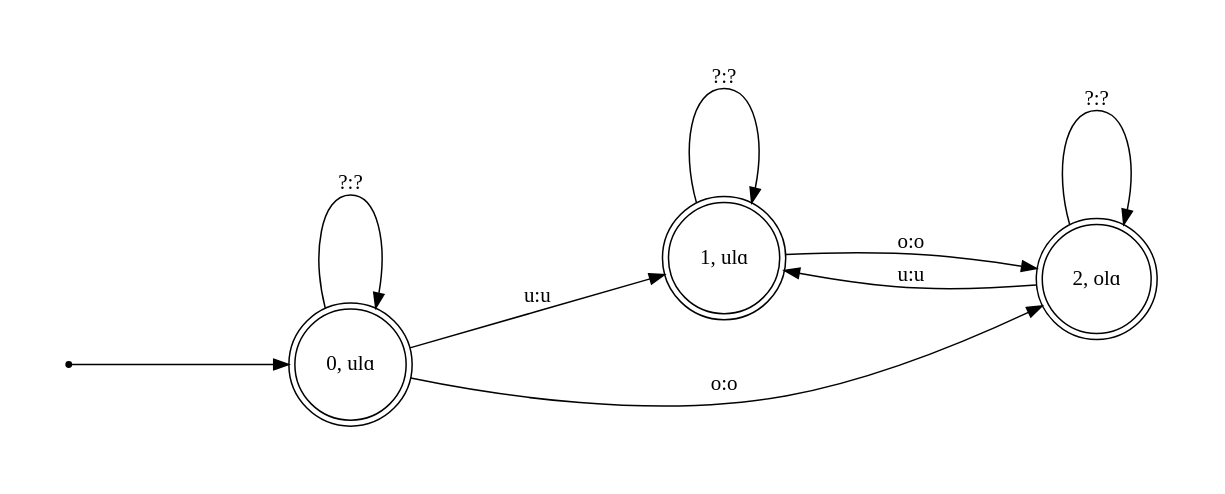
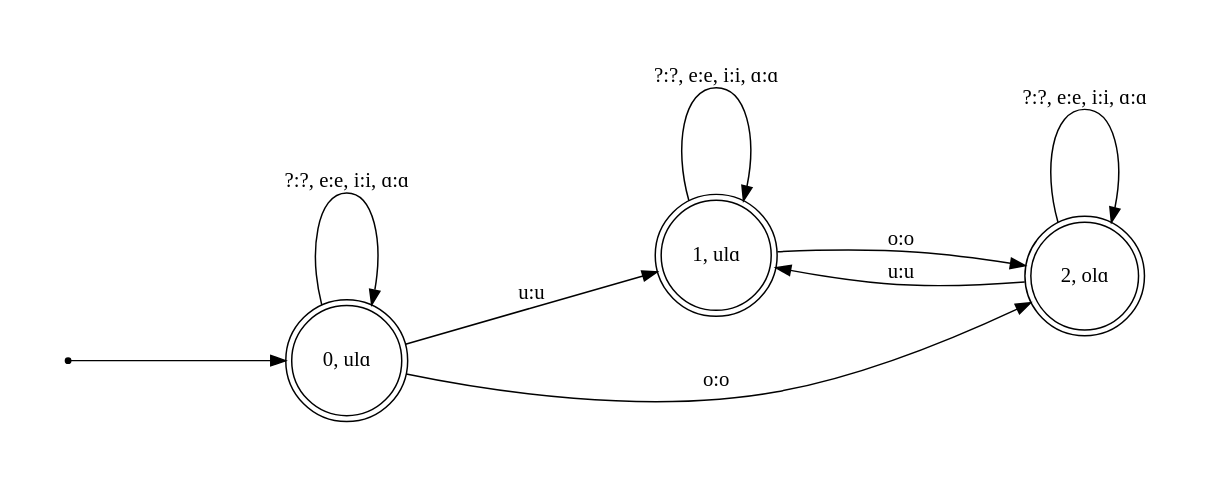
Before and after one commit to ishtiaque06/vh-fst: the diagram in illustrations/Kisa reversative suffix Vlɑ.gv, drawn with Graphviz. The commit also changed 34 other files, not shown here.

```diff
--- a/illustrations/Kisa reversative suffix Vlɑ.gv
+++ b/illustrations/Kisa reversative suffix Vlɑ.gv
@@ -1,19 +1,19 @@
 digraph fst {
 	graph [pad="0.5", nodesep="1", ranksep="2"];
 	rankdir=LR;
 	size="10,10";
 	node [shape = point]; start;
 	node [shape = doublecircle];
 		"0, ulɑ";
 		"1, ulɑ";
 		"2, olɑ";
 
-	"0, ulɑ" ->	"0, ulɑ" [ label = "?:?" ];
+	"0, ulɑ" ->	"0, ulɑ" [ label = "?:?, e:e, i:i, ɑ:ɑ" ];
 	"0, ulɑ" ->	"1, ulɑ" [ label = "u:u" ];
 	"0, ulɑ" ->	"2, olɑ" [ label = "o:o" ];
 	"2, olɑ" ->	"1, ulɑ" [ label = "u:u" ];
 	"1, ulɑ" ->	"2, olɑ" [ label = "o:o" ];
-	"1, ulɑ" ->	"1, ulɑ" [ label = "?:?" ];
-	"2, olɑ" ->	"2, olɑ" [ label = "?:?" ];
+	"1, ulɑ" ->	"1, ulɑ" [ label = "?:?, e:e, i:i, ɑ:ɑ" ];
+	"2, olɑ" ->	"2, olɑ" [ label = "?:?, e:e, i:i, ɑ:ɑ" ];
 	start -> "0, ulɑ";
 }
```
